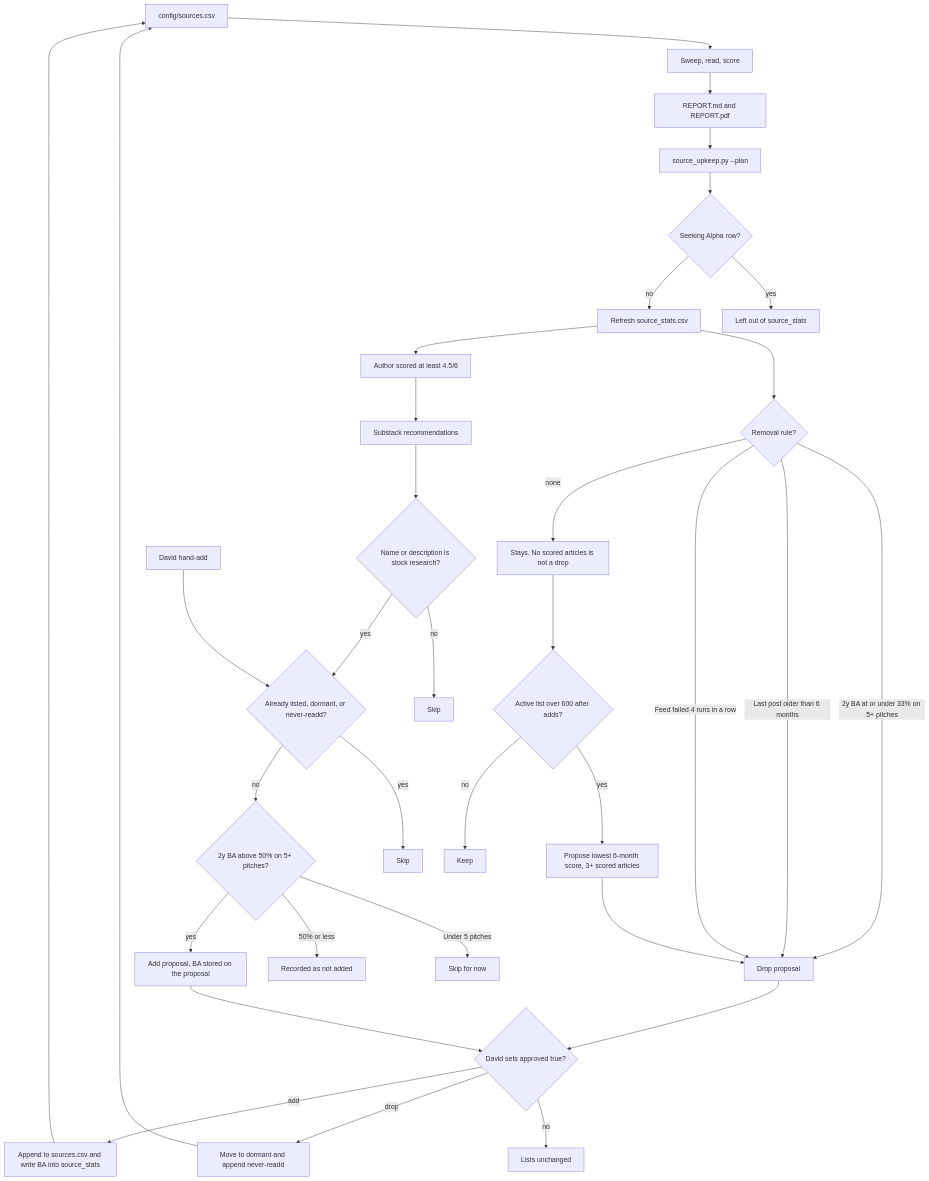
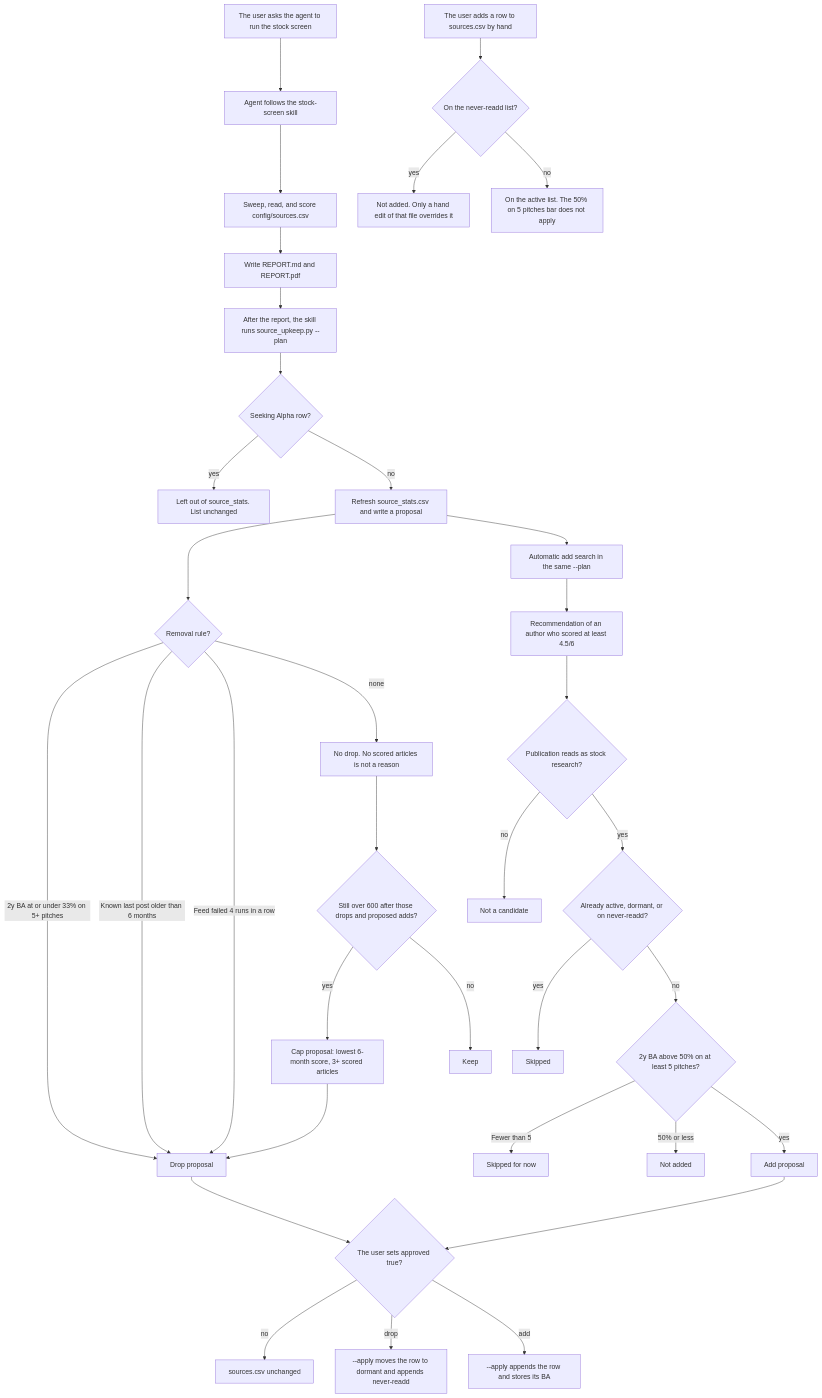
Before and after one commit to mtlr05/screeny: the diagram in README.md, drawn with Mermaid. The commit also changed other lines of this file, not shown here.

Commit message:
Correct the source-list flowchart in the README.
The stock-screen skill runs --plan after the report, a hand-add skips the 50% bar, and the README says the user.

````diff
--- a/README.md
+++ b/README.md
@@ -100,52 +100,54 @@
 ```mermaid
 flowchart TD
-  sources["config/sources.csv"]
-  sweep["Sweep, read, score"]
-  report["REPORT.md and REPORT.pdf"]
-  plan["source_upkeep.py --plan"]
-  sources --> sweep --> report --> plan
+  ask["The user asks the agent to run the stock screen"]
+  skill["Agent follows the stock-screen skill"]
+  sweep["Sweep, read, and score config/sources.csv"]
+  report["Write REPORT.md and REPORT.pdf"]
+  planNode["After the report, the skill runs source_upkeep.py --plan"]
+  ask --> skill --> sweep --> report --> planNode
 
   sa{"Seeking Alpha row?"}
-  plan --> sa
-  sa -->|yes| untracked["Left out of source_stats"]
-  sa -->|no| stats["Refresh source_stats.csv"]
+  planNode --> sa
+  sa -->|yes| untracked["Left out of source_stats. List unchanged"]
+  sa -->|no| stats["Refresh source_stats.csv and write a proposal"]
 
   drop{"Removal rule?"}
   stats --> drop
   drop -->|"2y BA at or under 33% on 5+ pitches"| dropProp["Drop proposal"]
-  drop -->|"Last post older than 6 months"| dropProp
+  drop -->|"Known last post older than 6 months"| dropProp
   drop -->|"Feed failed 4 runs in a row"| dropProp
-  drop -->|none| kept["Stays. No scored articles is not a drop"]
+  drop -->|none| kept["No drop. No scored articles is not a reason"]
 
-  cap{"Active list over 600 after adds?"}
+  cap{"Still over 600 after those drops and proposed adds?"}
   kept --> cap
-  cap -->|yes| trim["Propose lowest 6-month score, 3+ scored articles"]
+  cap -->|yes| trim["Cap proposal: lowest 6-month score, 3+ scored articles"]
   cap -->|no| remain["Keep"]
   trim --> dropProp
 
-  seeds["Author scored at least 4.5/6"]
-  stats --> seeds
-  crawl["Substack recommendations"]
-  seeds --> crawl
-  stock{"Name or description is stock research?"}
-  crawl --> stock
-  stock -->|no| skipTopic["Skip"]
-  stock -->|yes| blocked{"Already listed, dormant, or never-readd?"}
-  blocked -->|yes| skipKnown["Skip"]
-  blocked -->|no| bar{"2y BA above 50% on 5+ pitches?"}
-  bar -->|"Under 5 pitches"| skipFew["Skip for now"]
-  bar -->|"50% or less"| notAdded["Recorded as not added"]
-  bar -->|yes| addProp["Add proposal, BA stored on the proposal"]
+  auto["Automatic add search in the same --plan"]
+  stats --> auto
+  high["Recommendation of an author who scored at least 4.5/6"]
+  auto --> high
+  stock{"Publication reads as stock research?"}
+  high --> stock
+  stock -->|no| skipTopic["Not a candidate"]
+  stock -->|yes| known{"Already active, dormant, or on never-readd?"}
+  known -->|yes| skipKnown["Skipped"]
+  known -->|no| bar{"2y BA above 50% on at least 5 pitches?"}
+  bar -->|"Fewer than 5"| skipFew["Skipped for now"]
+  bar -->|"50% or less"| notAdded["Not added"]
+  bar -->|yes| addProp["Add proposal"]
 
-  hand["David hand-add"]
-  hand --> blocked
+  approve{"The user sets approved true?"}
+  dropProp --> approve
+  addProp --> approve
+  approve -->|no| unchanged["sources.csv unchanged"]
+  approve -->|drop| parked["--apply moves the row to dormant and appends never-readd"]
+  approve -->|add| applied["--apply appends the row and stores its BA"]
 
-  david{"David sets approved true?"}
-  dropProp --> david
-  addProp --> david
-  david -->|no| unchanged["Lists unchanged"]
-  david -->|drop| parked["Move to dormant and append never-readd"]
-  david -->|add| added["Append to sources.csv and write BA into source_stats"]
-  parked --> sources
-  added --> sources
+  hand["The user adds a row to sources.csv by hand"]
+  handCheck{"On the never-readd list?"}
+  hand --> handCheck
+  handCheck -->|yes| handNo["Not added. Only a hand edit of that file overrides it"]
+  handCheck -->|no| handYes["On the active list. The 50% on 5 pitches bar does not apply"]
 ```
````
